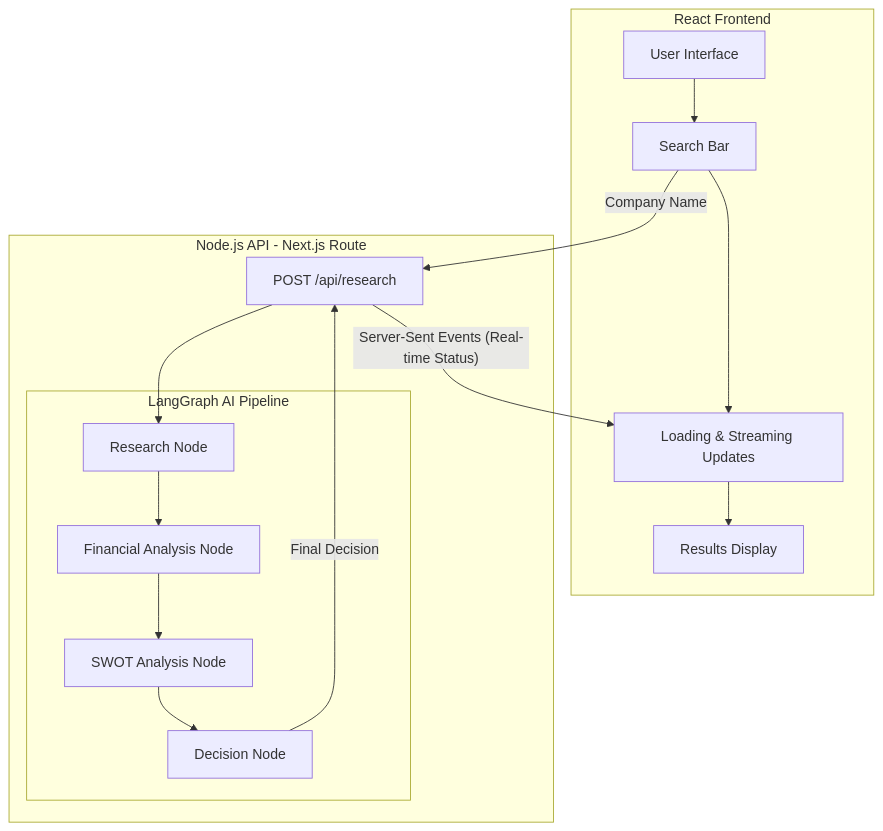
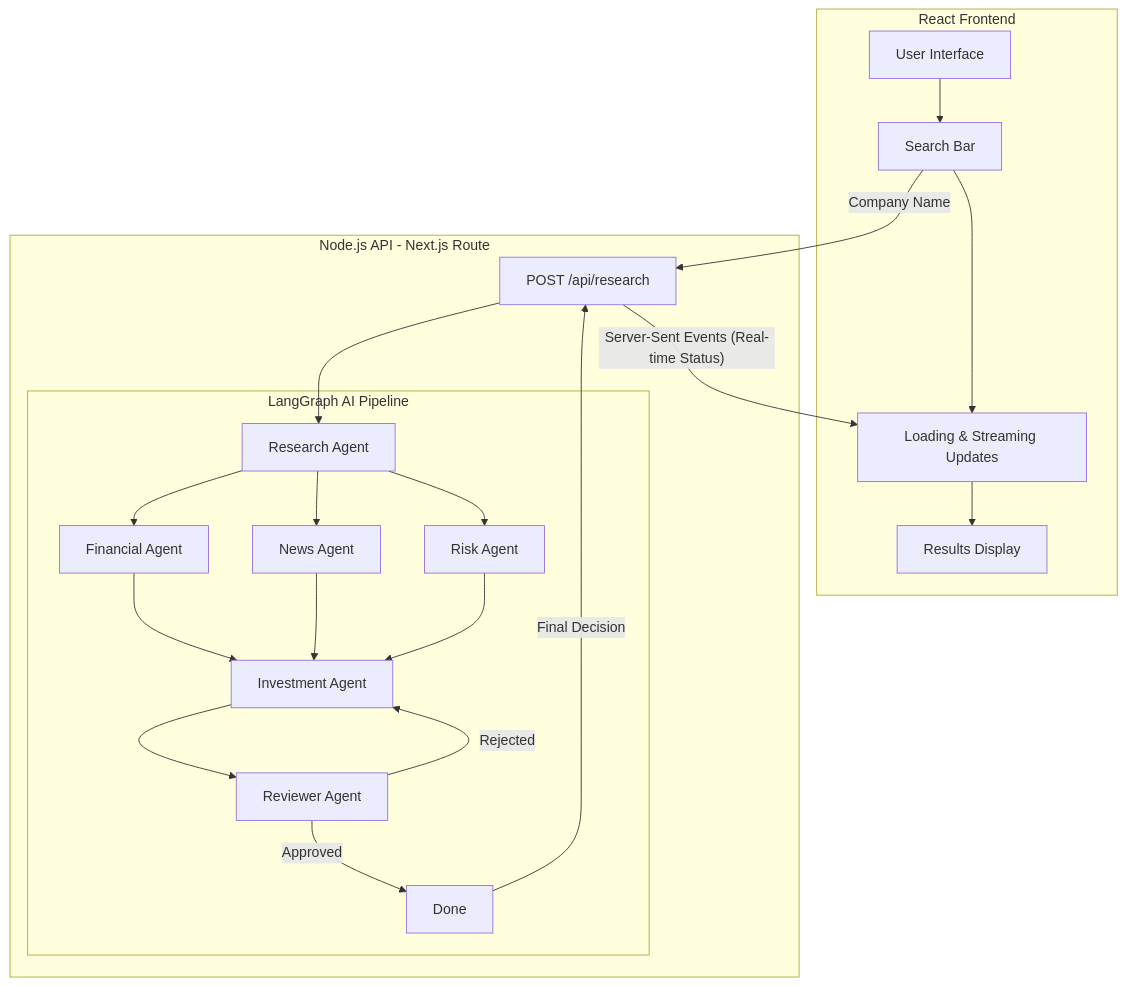
Before and after one commit to gauravtiwarrii/InsideIIM: the diagram in README.md, drawn with Mermaid. The commit also changed other lines of this file, not shown here.

````diff
--- a/README.md
+++ b/README.md
@@ -68,33 +36,41 @@
 ```mermaid
 graph TD
     subgraph Frontend [React Frontend]
         UI[User Interface]
         SB[Search Bar]
         LD[Loading & Streaming Updates]
         RD[Results Display]
         
         UI --> SB
         SB --> LD
         LD --> RD
     end
 
     subgraph Backend [Node.js API - Next.js Route]
         API[POST /api/research]
         
         subgraph AgentPipeline [LangGraph AI Pipeline]
-            RN[Research Node]
-            FAN[Financial Analysis Node]
-            SWOT[SWOT Analysis Node]
-            DN[Decision Node]
+            RN[Research Agent]
+            FAN[Financial Agent]
+            NN[News Agent]
+            RKN[Risk Agent]
+            IN[Investment Agent]
+            REV[Reviewer Agent]
             
             RN --> FAN
-            FAN --> SWOT
-            SWOT --> DN
+            RN --> NN
+            RN --> RKN
+            FAN --> IN
+            NN --> IN
+            RKN --> IN
+            IN --> REV
+            REV -->|Approved| Done
+            REV -->|Rejected| IN
         end
     end
     
     SB -- "Company Name" --> API
     API --> RN
-    DN -- "Final Decision" --> API
+    Done -- "Final Decision" --> API
     API -- "Server-Sent Events (Real-time Status)" --> LD
 ```
````
